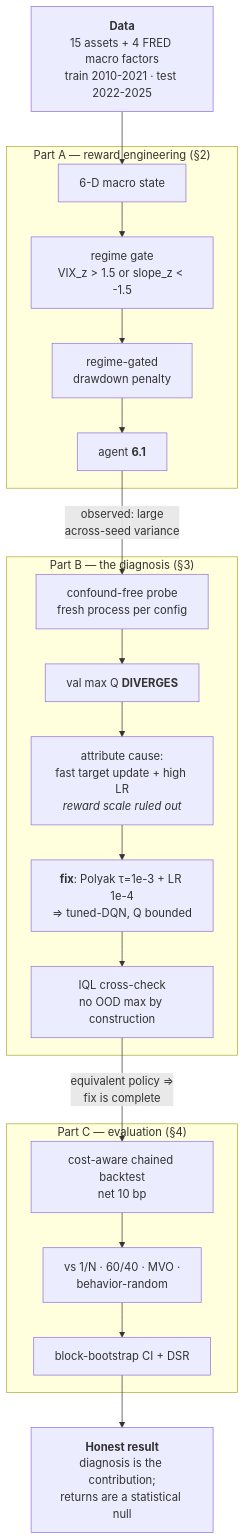
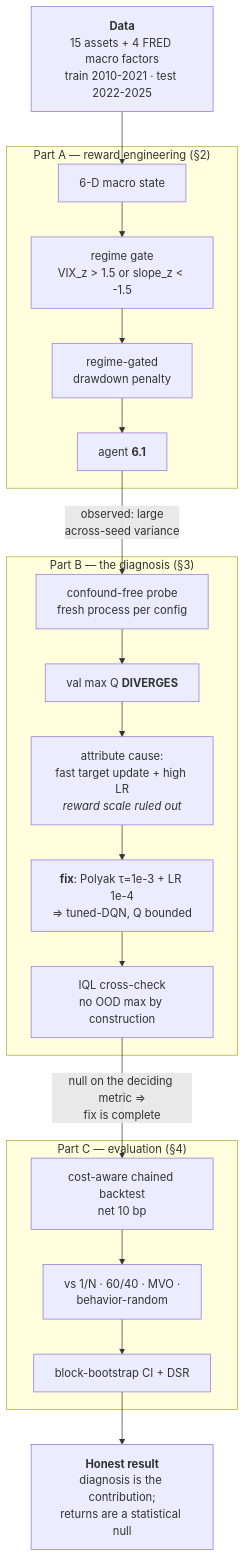
One commit to zzkai098/mathworks-offline-rl changed the diagram in README.md. Above: the diagram before and after it, drawn with Mermaid. The commit also changed other lines of this file and 1 other file, not shown here.

````diff
--- a/README.md
+++ b/README.md
@@ -48,29 +149,29 @@
 ```mermaid
 flowchart TD
   D["<b>Data</b><br/>15 assets + 4 FRED macro factors<br/>train 2010-2021 · test 2022-2025"]
 
   subgraph A ["Part A — reward engineering (§2)"]
     A1["6-D macro state"] --> A2["regime gate<br/>VIX_z &gt; 1.5 or slope_z &lt; -1.5"]
     A2 --> A3["regime-gated<br/>drawdown penalty"]
     A3 --> A4["agent <b>6.1</b>"]
   end
 
   subgraph B ["Part B — the diagnosis (§3)"]
     B1["confound-free probe<br/>fresh process per config"]
     B1 --> B2["val max Q <b>DIVERGES</b>"]
     B2 --> B3["attribute cause:<br/>fast target update + high LR<br/><i>reward scale ruled out</i>"]
     B3 --> B4["<b>fix</b>: Polyak τ=1e-3 + LR 1e-4<br/>⇒ tuned-DQN, Q bounded"]
     B4 --> B5["IQL cross-check<br/>no OOD max by construction"]
   end
 
   subgraph C ["Part C — evaluation (§4)"]
     C1["cost-aware chained backtest<br/>net 10 bp"]
     C1 --> C2["vs 1/N · 60/40 · MVO ·<br/>behavior-random"]
     C2 --> C3["block-bootstrap CI + DSR"]
   end
 
   D --> A1
   A4 -->|"observed: large<br/>across-seed variance"| B1
-  B5 -->|"equivalent policy ⇒<br/>fix is complete"| C1
+  B5 -->|"null on the deciding metric ⇒<br/>fix is complete"| C1
   C3 --> R["<b>Honest result</b><br/>diagnosis is the contribution;<br/>returns are a statistical null"]
 ```
````
